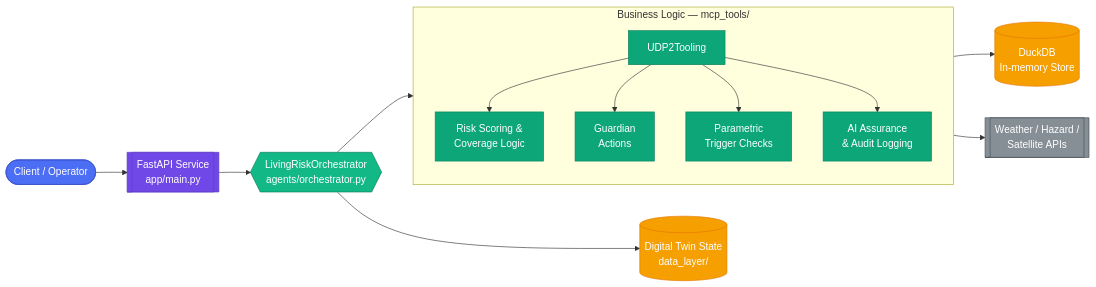
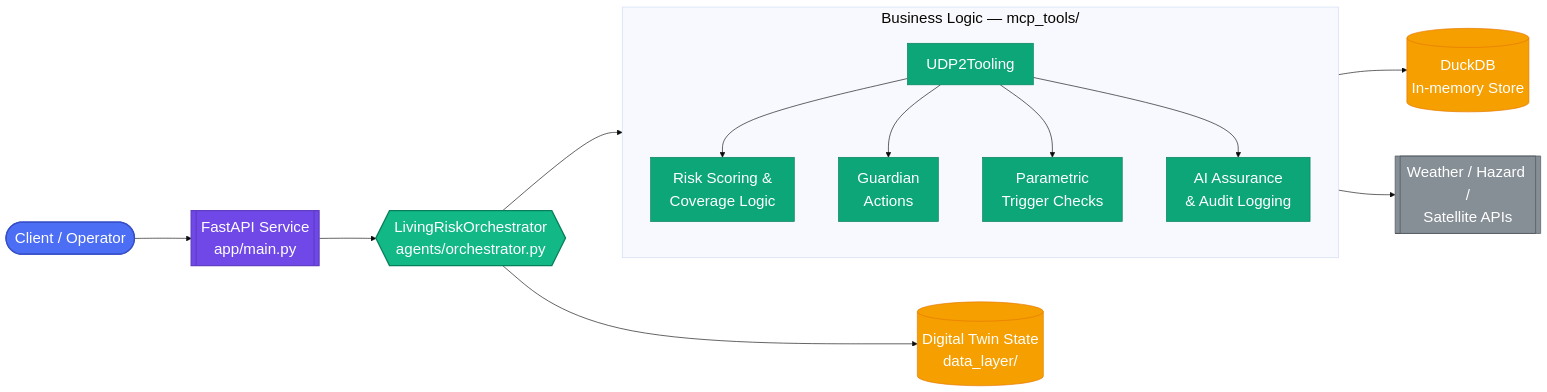
Before and after one commit to sehgalnamit/udp2-living-risk-engine: the first of 2 diagrams in README.md, drawn with Mermaid. The commit also changed other lines of this file and 7 other files, not shown here.

Commit message:
Increase Mermaid diagram font size and disable max-width for better visibility

````diff
--- a/README.md
+++ b/README.md
@@ -27,25 +27,26 @@
 ```mermaid
+%%{init: {'theme': 'base', 'themeVariables': {'fontSize': '24px'}, 'flowchart': {'useMaxWidth': false, 'nodeSpacing': 70, 'rankSpacing': 90}}}%%
 flowchart LR
-    classDef client fill:#4C6EF5,color:#fff,stroke:#364FC7,stroke-width:1px;
-    classDef api fill:#7048E8,color:#fff,stroke:#5F3DC4,stroke-width:1px;
-    classDef core fill:#12B886,color:#fff,stroke:#087F5B,stroke-width:1px;
+    classDef client fill:#4C6EF5,color:#fff,stroke:#364FC7,stroke-width:2px;
+    classDef api fill:#7048E8,color:#fff,stroke:#5F3DC4,stroke-width:2px;
+    classDef core fill:#12B886,color:#fff,stroke:#087F5B,stroke-width:2px;
     classDef logic fill:#0CA678,color:#fff,stroke:#087F5B,stroke-width:1px;
     classDef data fill:#F59F00,color:#fff,stroke:#E67700,stroke-width:1px;
     classDef ext fill:#868E96,color:#fff,stroke:#495057,stroke-width:1px;
 
     User([Client / Operator]):::client --> API[[FastAPI Service\napp/main.py]]:::api
     API --> Orchestrator{{LivingRiskOrchestrator\nagents/orchestrator.py}}:::core
 
     subgraph Business["Business Logic — mcp_tools/"]
         direction TB
         Tooling[UDP2Tooling]:::logic --> Risk[Risk Scoring &\nCoverage Logic]:::logic
         Tooling --> Guard[Guardian\nActions]:::logic
         Tooling --> Parametric[Parametric\nTrigger Checks]:::logic
         Tooling --> Assurance[AI Assurance\n& Audit Logging]:::logic
     end
 
     Orchestrator --> Tooling
     Orchestrator --> Twin[(Digital Twin State\ndata_layer/)]:::data
     Risk --> DB[(DuckDB\nIn-memory Store)]:::data
     Tooling --> External[[Weather / Hazard /\nSatellite APIs]]:::ext
 ```
````
